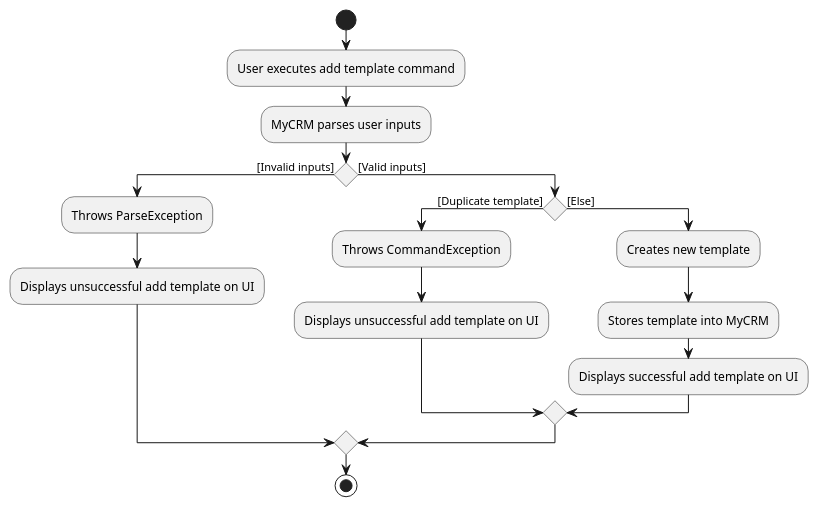
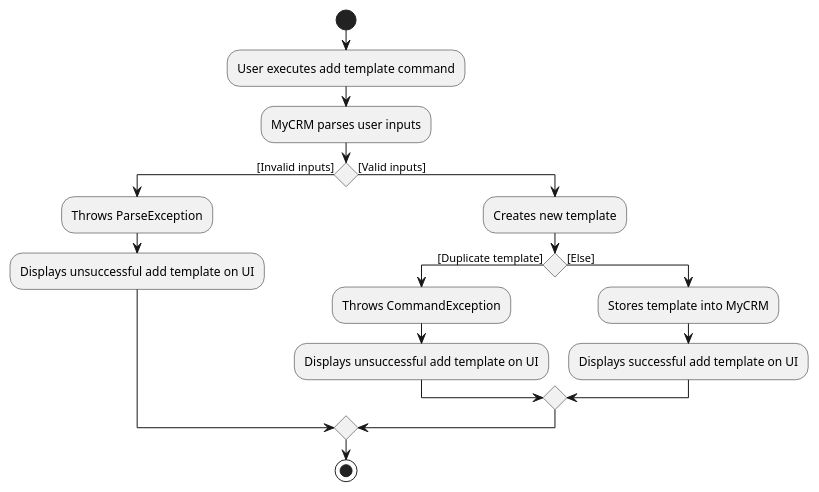
Before and after one commit to ooawagaeri/tp: the diagram in docs/diagrams/mail/AddTemplateActivityDiagram.puml, drawn with PlantUML. The commit also changed 6 other files, not shown here.

Commit message:
Fix DG template activity diagrams

```diff
--- a/docs/diagrams/mail/AddTemplateActivityDiagram.puml
+++ b/docs/diagrams/mail/AddTemplateActivityDiagram.puml
@@ -1,20 +1,20 @@
 @startuml
 start
 :User executes add template command;
 :MyCRM parses user inputs;
 if () then ([Invalid inputs])
     :Throws ParseException;
     :Displays unsuccessful add template on UI;
 else ([Valid inputs])
+    :Creates new template;
     if () then ([Duplicate template])
         :Throws CommandException;
         :Displays unsuccessful add template on UI;
     else ([Else])
-        :Creates new template;
         :Stores template into MyCRM;
         :Displays successful add template on UI;
     endif
 endif
 stop
 
 @enduml
```
